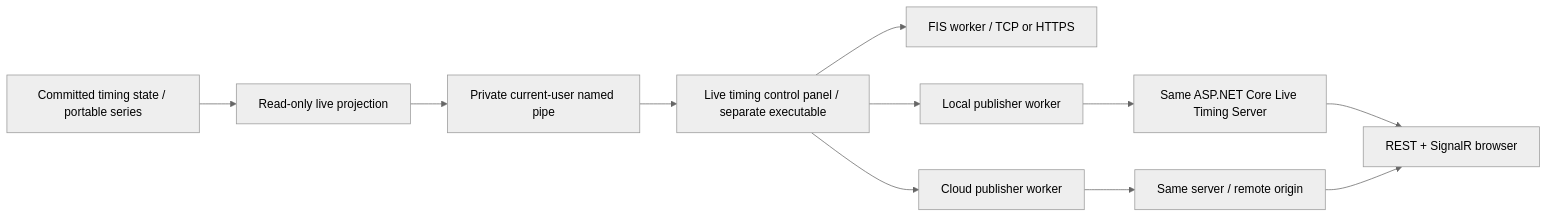
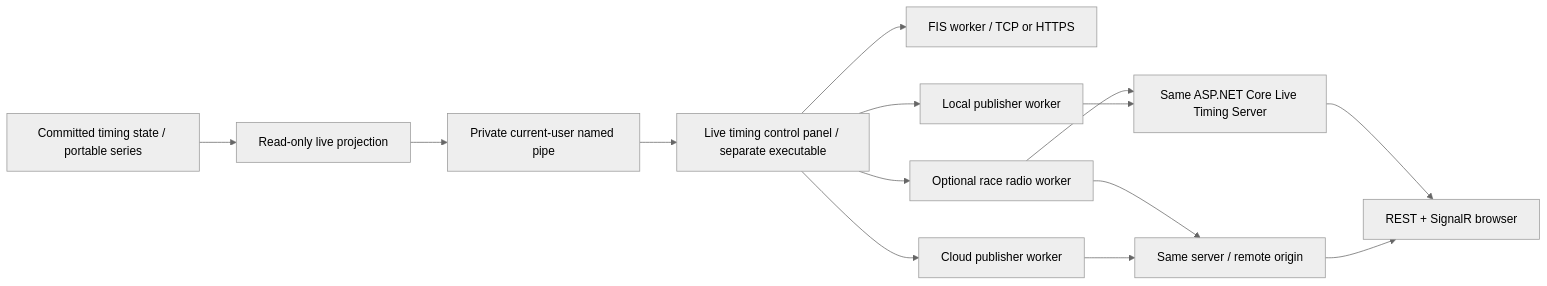
The diagram in docs/live-timing.md (tnakeli/OpenSkiTime), drawn with Mermaid (neutral theme) before and after one commit. The commit also changed other lines of this file and 69 other files, not shown here.

First line of the commit message:
Add optional AI race radio for Standalone live timing

````diff
--- a/docs/live-timing.md
+++ b/docs/live-timing.md
@@ -30,13 +30,16 @@
 ```mermaid
 flowchart LR
   Timing[Committed timing state / portable series] --> Projection[Read-only live projection]
   Projection --> IPC[Private current-user named pipe]
   IPC --> Panel[Live timing control panel / separate executable]
   Panel --> FIS[FIS worker / TCP or HTTPS]
   Panel --> Local[Local publisher worker]
   Panel --> Cloud[Cloud publisher worker]
+  Panel --> Radio[Optional race radio worker]
+  Radio --> Server
+  Radio --> Remote
   Local --> Server[Same ASP.NET Core Live Timing Server]
   Cloud --> Remote[Same server / remote origin]
   Server --> Browser[REST + SignalR browser]
   Remote --> Browser
 ```
````
